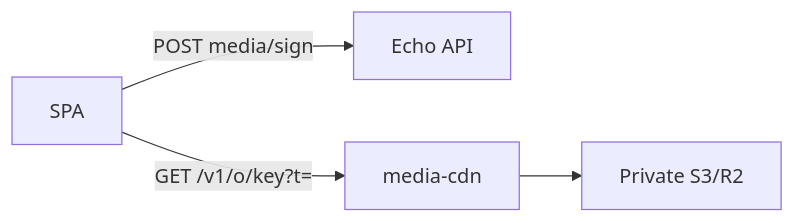
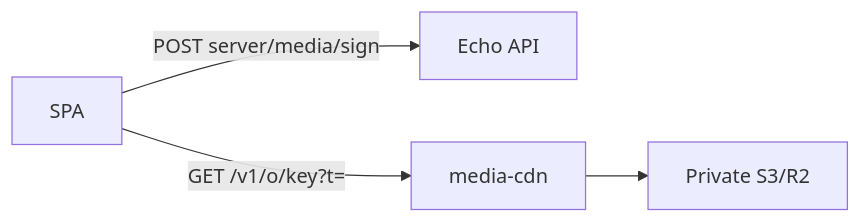
The diagram in docs/operations/media-cdn.md (ad3lre/echo), drawn with Mermaid before and after one commit. The commit also changed other lines of this file and 6236 other files, not shown here.

````diff
--- a/docs/operations/media-cdn.md
+++ b/docs/operations/media-cdn.md
@@ -13,6 +13,6 @@
 ```mermaid
 flowchart LR
-  SPA -->|POST media/sign| API[Echo API]
+  SPA -->|POST server/media/sign| API[Echo API]
   SPA -->|GET /v1/o/key?t=| CDN[media-cdn]
   CDN --> S3[Private S3/R2]
 ```
````
